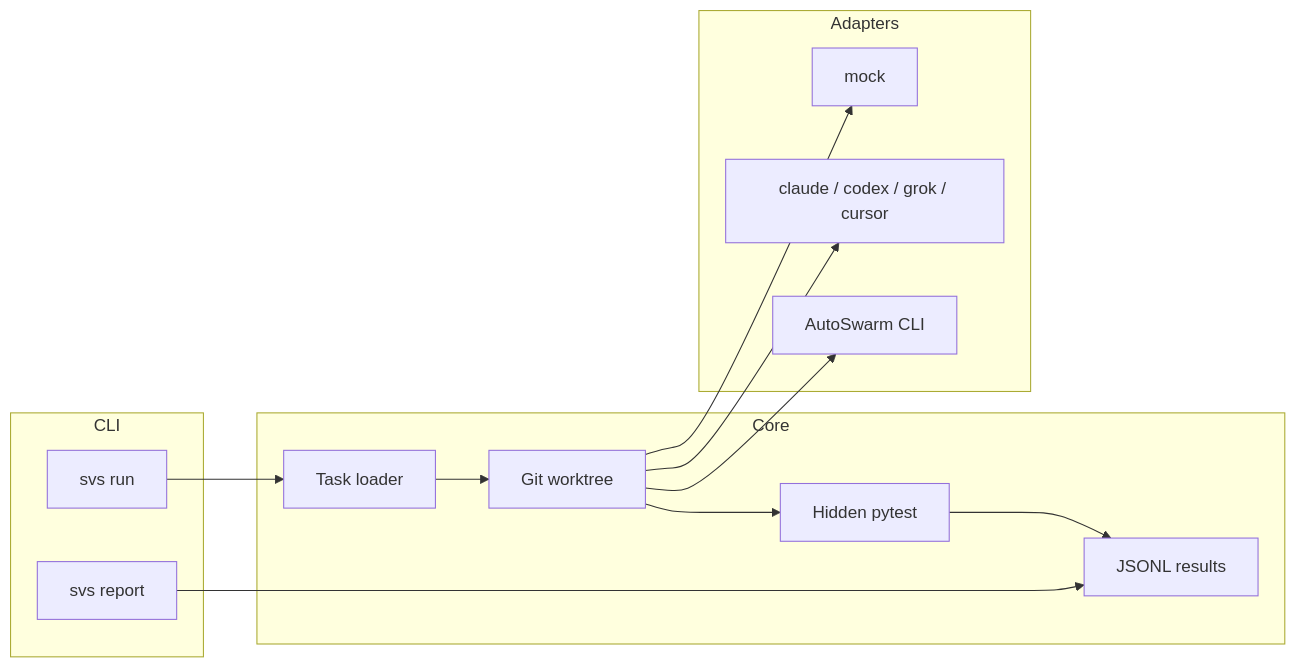
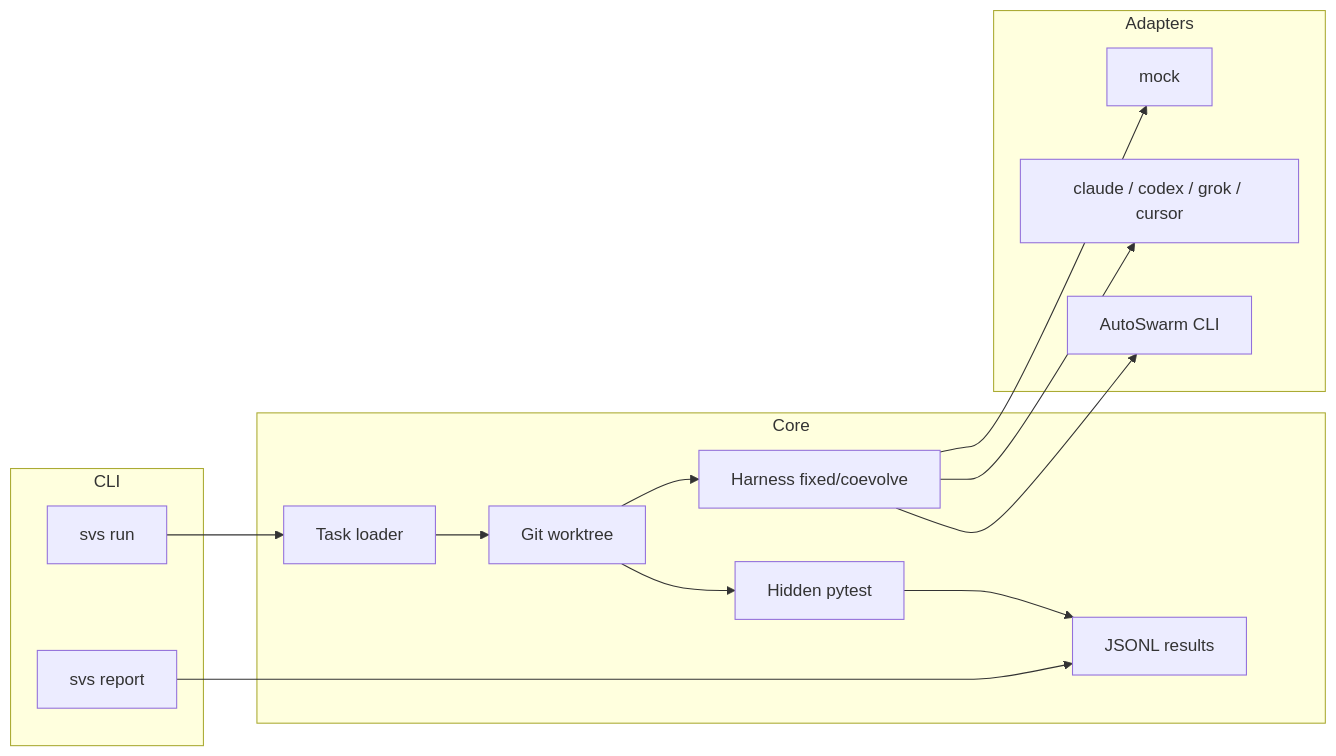
The diagram in README.md (Sebastianrodaaa/swarm-vs-solo), drawn with Mermaid before and after one commit. The commit also changed other lines of this file and 27 other files, not shown here.

````diff
--- a/README.md
+++ b/README.md
@@ -104,24 +128,25 @@
 ```mermaid
 flowchart LR
   subgraph CLI
     RUN[svs run]
     REP[svs report]
   end
   subgraph Core
     LD[Task loader]
     WT[Git worktree]
+    H[Harness fixed/coevolve]
     EV[Hidden pytest]
     RS[JSONL results]
   end
   subgraph Adapters
     M[mock]
     C[claude / codex / grok / cursor]
     AS[AutoSwarm CLI]
   end
   RUN --> LD --> WT
-  WT --> M
-  WT --> C
-  WT --> AS
+  WT --> H --> M
+  H --> C
+  H --> AS
   WT --> EV --> RS
   REP --> RS
 ```
````
